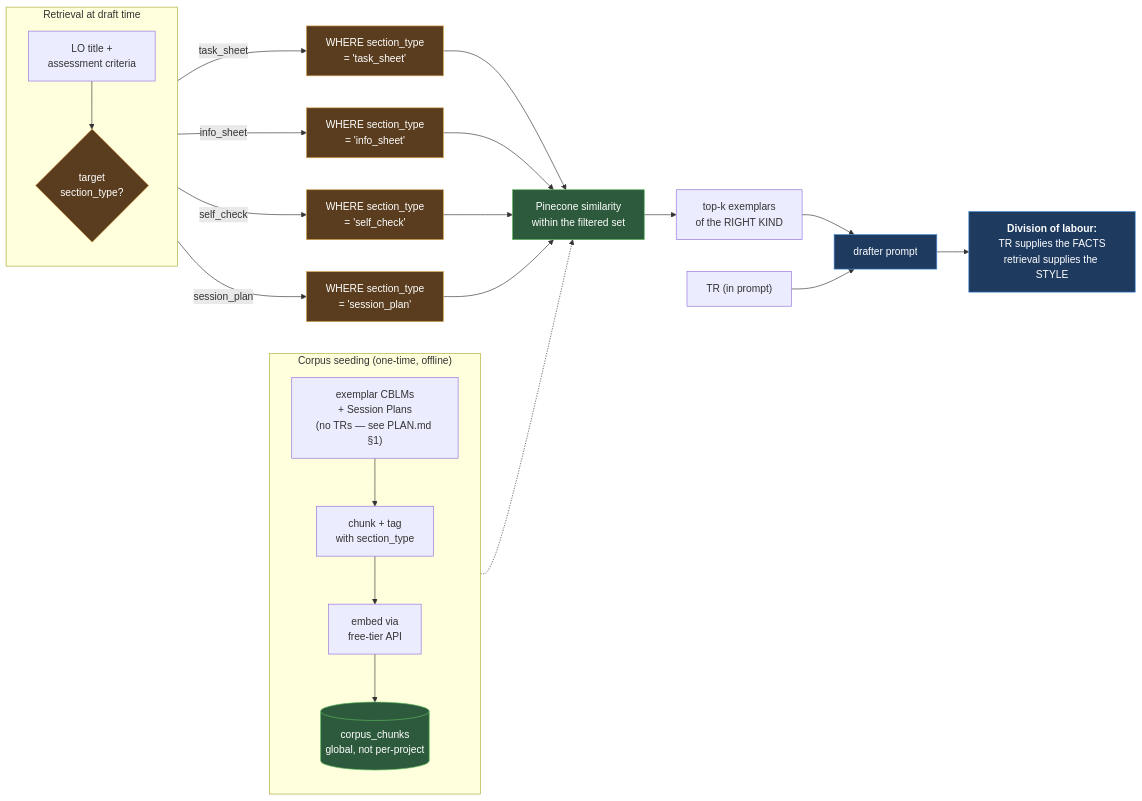
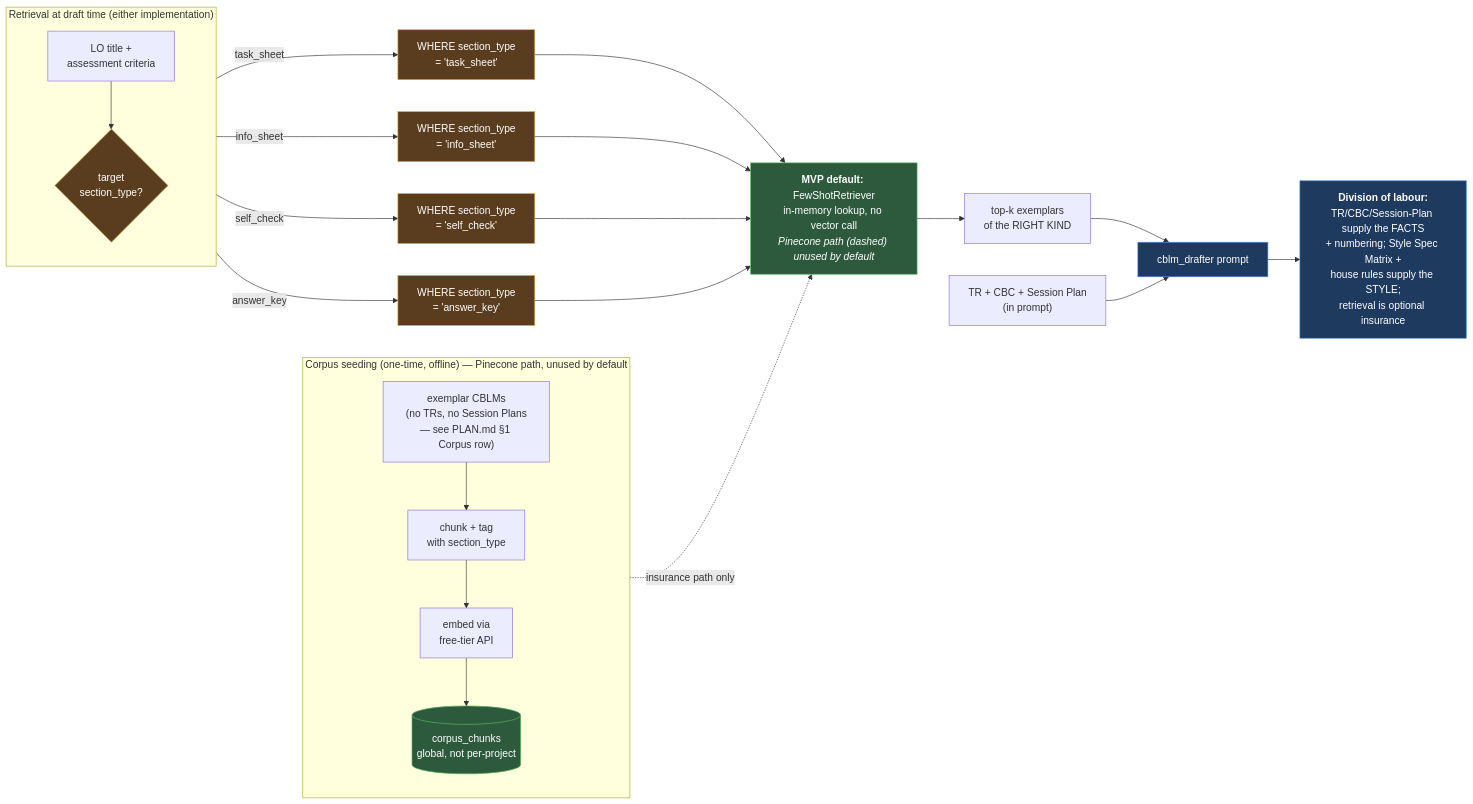
One commit to shuakyle21/tesda-cbc-agent changed the sixth of 9 diagrams in docs/specs/TECHNICAL_DIAGRAMS.md. Above: the diagram before and after it, drawn with Mermaid. The commit also changed other lines of this file and 5 other files, not shown here.

First line of the commit message:
Cascade the CBLM-only reversal into the remaining spec docs (part 1)

````diff
--- a/docs/specs/TECHNICAL_DIAGRAMS.md
+++ b/docs/specs/TECHNICAL_DIAGRAMS.md
@@ -332,45 +400,45 @@
 ```mermaid
 flowchart LR
-    subgraph SEED["Corpus seeding (one-time, offline)"]
+    subgraph SEED["Corpus seeding (one-time, offline) — Pinecone path, unused by default"]
         direction TB
-        S1["exemplar CBLMs<br/>+ Session Plans<br/>(no TRs — see PLAN.md §1)"]
+        S1["exemplar CBLMs<br/>(no TRs, no Session Plans<br/>— see PLAN.md §1 Corpus row)"]
         S2["chunk + tag<br/>with section_type"]
         S3["embed via<br/>free-tier API"]
         S4[("corpus_chunks<br/>global, not per-project")]
         S1 --> S2 --> S3 --> S4
     end
 
-    subgraph QUERY["Retrieval at draft time"]
+    subgraph QUERY["Retrieval at draft time (either implementation)"]
         direction TB
         Q1["LO title +<br/>assessment criteria"]
         Q2{"target<br/>section_type?"}
         Q1 --> Q2
     end
 
     Q2 -->|"task_sheet"| F1["WHERE section_type<br/>= 'task_sheet'"]
     Q2 -->|"info_sheet"| F2["WHERE section_type<br/>= 'info_sheet'"]
     Q2 -->|"self_check"| F3["WHERE section_type<br/>= 'self_check'"]
-    Q2 -->|"session_plan"| F4["WHERE section_type<br/>= 'session_plan'"]
+    Q2 -->|"answer_key"| F4["WHERE section_type<br/>= 'answer_key'"]
 
     F1 --> VEC
     F2 --> VEC
     F3 --> VEC
     F4 --> VEC
 
-    VEC["Pinecone similarity<br/>within the filtered set"]
-    S4 -.-> VEC
+    VEC["<b>MVP default:</b> FewShotRetriever<br/>in-memory lookup, no vector call<br/><i>Pinecone path (dashed) unused by default</i>"]
+    S4 -.->|"insurance path only"| VEC
 
     VEC --> OUT["top-k exemplars<br/>of the RIGHT KIND"]
-    OUT --> D["drafter prompt"]
+    OUT --> D["cblm_drafter prompt"]
 
-    TR["TR (in prompt)"] --> D
-    D --> NOTE["<b>Division of labour:</b><br/>TR supplies the FACTS<br/>retrieval supplies the STYLE"]
+    TR["TR + CBC + Session Plan<br/>(in prompt)"] --> D
+    D --> NOTE["<b>Division of labour:</b><br/>TR/CBC/Session-Plan supply the FACTS<br/>+ numbering; Style Spec Matrix +<br/>house rules supply the STYLE;<br/>retrieval is optional insurance"]
 
     classDef store fill:#2d5a3d,stroke:#5cb85c,color:#fff
     classDef filter fill:#5a3d1e,stroke:#d9a04a,color:#fff
     classDef key fill:#1e3a5f,stroke:#4a90d9,color:#fff
 
     class S4,VEC store
     class F1,F2,F3,F4,Q2 filter
     class NOTE,D key
 ```
````
